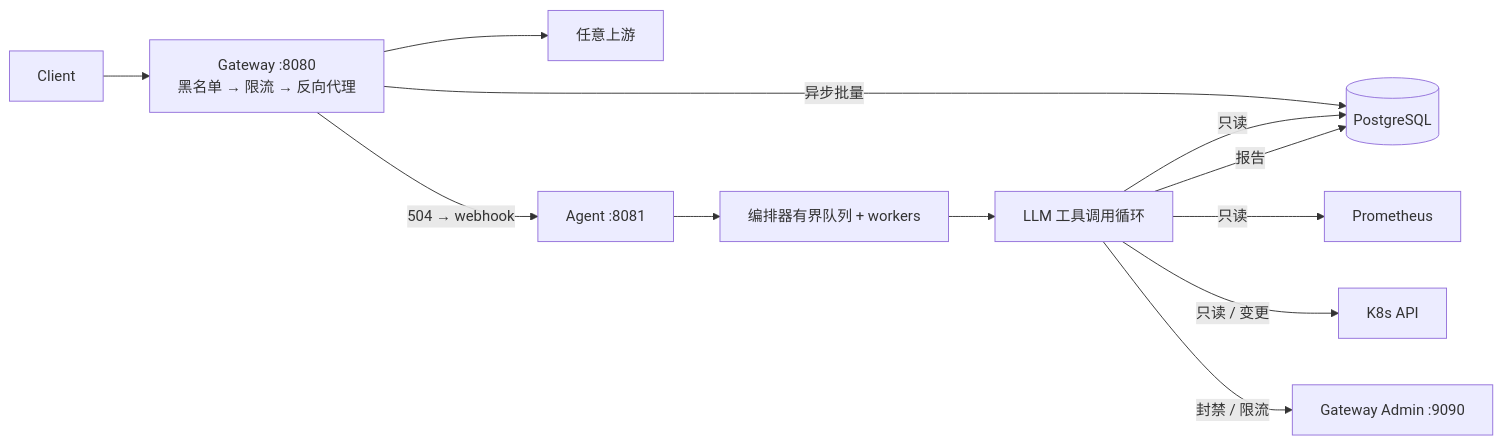
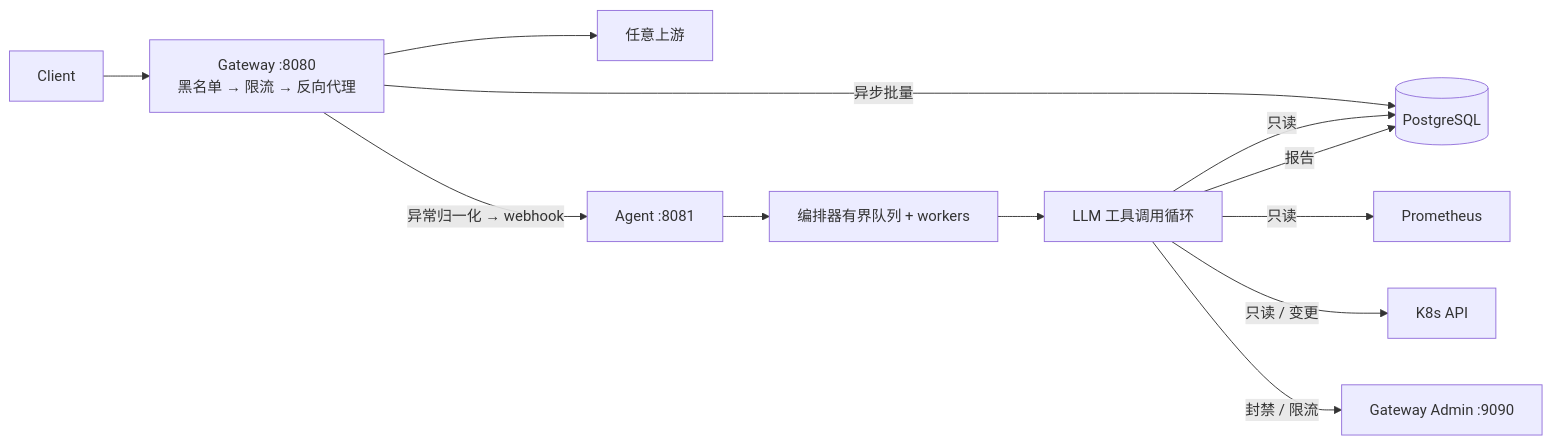
One commit to oxkrypton/Halon changed the diagram in docs/reading-guide.md. Above: the diagram before and after it, drawn with Mermaid. The commit also changed other lines of this file and 11 other files, not shown here.

Commit message:
docs: sync generalized incidents, coalescer, tools, and session architecture

````diff
--- a/docs/reading-guide.md
+++ b/docs/reading-guide.md
@@ -17,14 +17,14 @@
 ```mermaid
 flowchart LR
     C[Client] --> GW["Gateway :8080<br/>黑名单 → 限流 → 反向代理"]
     GW --> UP[任意上游]
     GW -- "异步批量" --> PG[(PostgreSQL)]
-    GW -- "504 → webhook" --> AG["Agent :8081"]
+    GW -- "异常归一化 → webhook" --> AG["Agent :8081"]
     AG --> Q["编排器有界队列 + workers"]
     Q --> LOOP["LLM 工具调用循环"]
     LOOP -- "只读" --> PG
     LOOP -- "只读" --> PROM[Prometheus]
     LOOP -- "只读 / 变更" --> K8S[K8s API]
     LOOP -- "封禁 / 限流" --> ADM["Gateway Admin :9090"]
     LOOP -- "报告" --> PG
 ```
````
